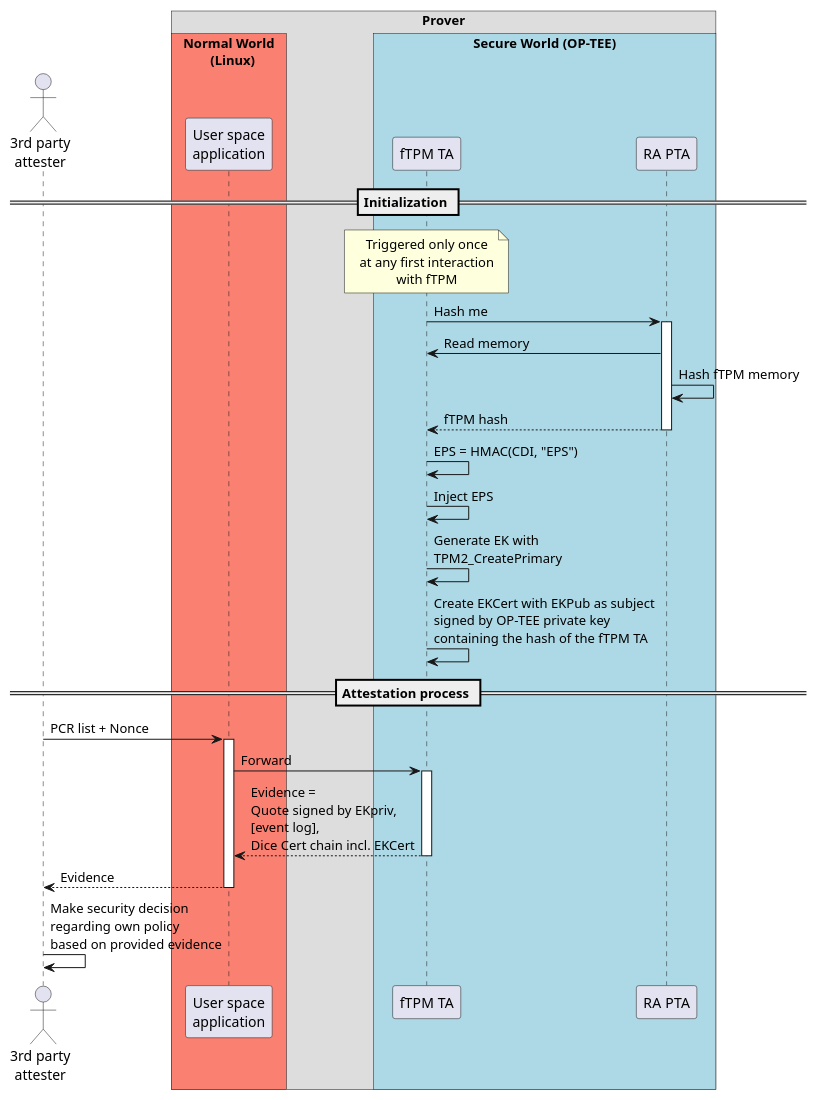
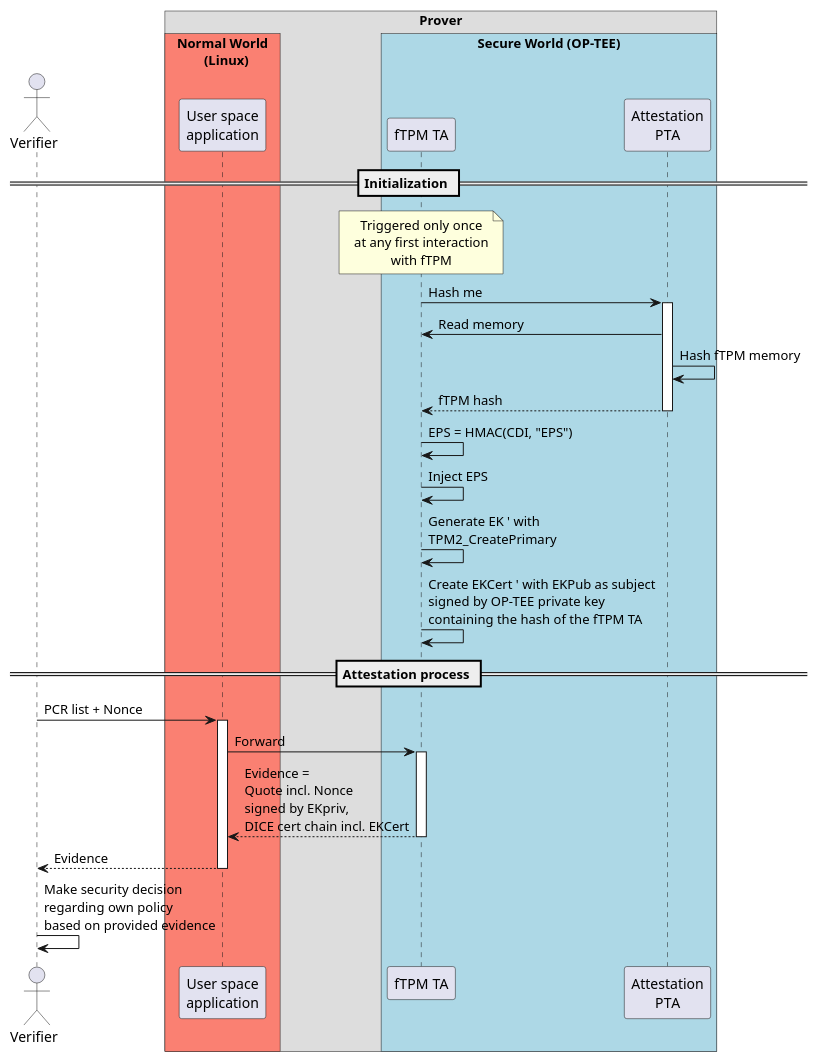
One commit to akorb/master-thesis changed the diagram in figures/sequence_diagram.puml. Above: the diagram before and after it, drawn with PlantUML. The commit also changed 7 other files, not shown here.

```diff
--- a/figures/sequence_diagram.puml
+++ b/figures/sequence_diagram.puml
@@ -1,48 +1,48 @@
 @startuml sequence diagram
 !pragma teoz true
 
 skinparam NoteTextAlignment center
 
-actor "3rd party\nattester"
+actor "Verifier"
 
 == Initialization ==
 
 note over "fTPM TA": Triggered only once\nat any first interaction\nwith fTPM
 
-"fTPM TA" -> "RA PTA" ++: Hash me
+"fTPM TA" -> "Attestation\nPTA" ++: Hash me
 
-"RA PTA" -> "fTPM TA": Read memory
-"RA PTA" -> "RA PTA": Hash fTPM memory
-"fTPM TA" <-- "RA PTA" --: fTPM hash
+"Attestation\nPTA" -> "fTPM TA": Read memory
+"Attestation\nPTA" -> "Attestation\nPTA": Hash fTPM memory
+"fTPM TA" <-- "Attestation\nPTA" --: fTPM hash
 
 ' Formula (2) from https://trustedcomputinggroup.org/wp-content/uploads/Hardware-Requirements-for-Device-Identifier-Composition-Engine-r78_For-Publication.pdf
 "fTPM TA" -> "fTPM TA": EPS = HMAC(CDI, "EPS")
 "fTPM TA" -> "fTPM TA": Inject EPS
 
-"fTPM TA" -> "fTPM TA": Generate EK with\nTPM2_CreatePrimary
-"fTPM TA" -> "fTPM TA": Create EKCert with EKPub as subject\nsigned by OP-TEE private key\ncontaining the hash of the fTPM TA
+"fTPM TA" -> "fTPM TA": Generate EK ' with\nTPM2_CreatePrimary
+"fTPM TA" -> "fTPM TA": Create EKCert ' with EKPub as subject\nsigned by OP-TEE private key\ncontaining the hash of the fTPM TA
 
 
 == Attestation process ==
 
-"3rd party\nattester" -> "User space\napplication" ++: PCR list + Nonce
+"Verifier" -> "User space\napplication" ++: PCR list + Nonce
 
 "User space\napplication" -> "fTPM TA" ++: Forward
-"User space\napplication" <-- "fTPM TA" --: Evidence =\nQuote signed by EKpriv,\n[event log],\nDice Cert chain incl. EKCert
-"3rd party\nattester" <-- "User space\napplication" --: Evidence
+"User space\napplication" <-- "fTPM TA" --: Evidence =\nQuote incl. Nonce\nsigned by EKpriv,\nDICE cert chain incl. EKCert
+"Verifier" <-- "User space\napplication" --: Evidence
 
-"3rd party\nattester" -> "3rd party\nattester": Make security decision\nregarding own policy\nbased on provided evidence
+"Verifier" -> "Verifier": Make security decision\nregarding own policy\nbased on provided evidence
 
 box "Prover"
     box "Normal World\n        (Linux)" #Salmon
     participant "User space\napplication"
     participant "User space\napplication"
     end box
 
     box "Secure World (OP-TEE)" #LightBlue
     participant "fTPM TA"
-    participant "RA PTA"
+    participant "Attestation\nPTA"
     end box
 end box
 
 @enduml
```
